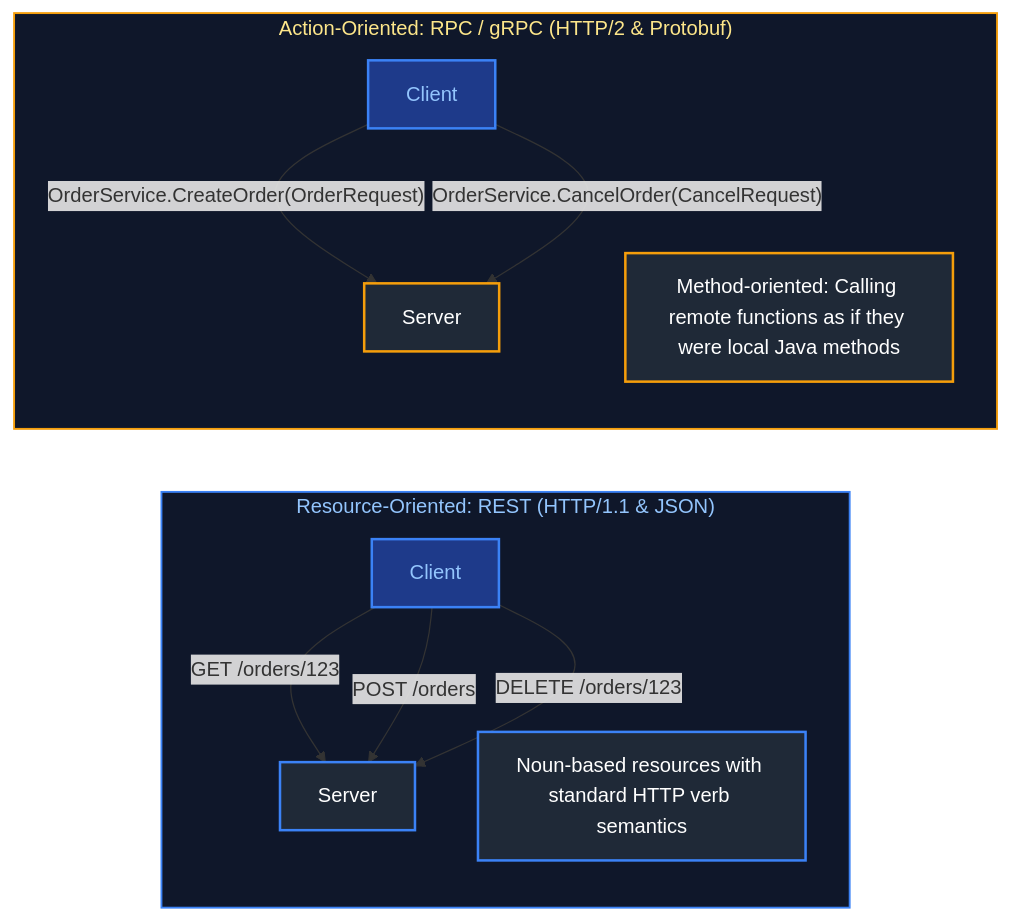
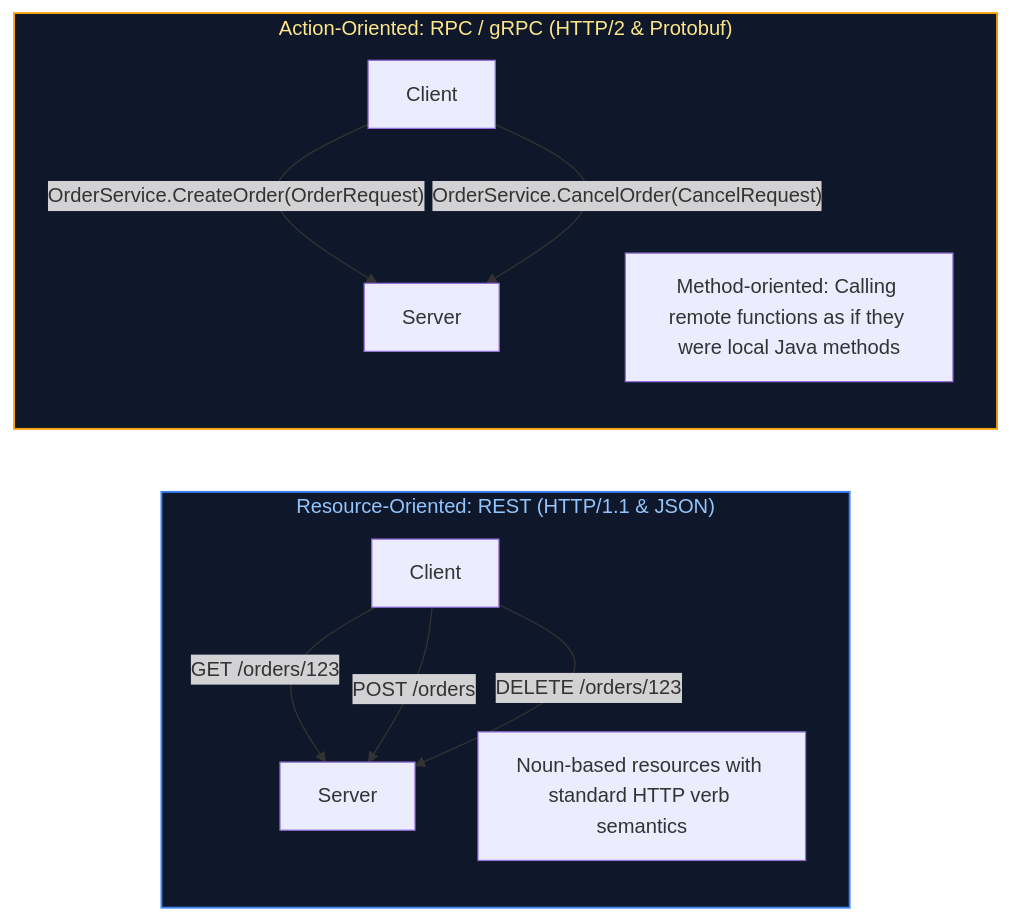
Before and after one commit to joydeep-biswas/Interview-Preparation: the ninth of 10 diagrams in Java Backend Engineering/08_spring_web_rest_apis.md, drawn with Mermaid. The commit also changed other lines of this file and 143 other files, not shown here.

````diff
--- a/Java Backend Engineering/08_spring_web_rest_apis.md
+++ b/Java Backend Engineering/08_spring_web_rest_apis.md
@@ -764,25 +1233,18 @@
 ```mermaid
 flowchart LR
     subgraph REST_Paradigm["Resource-Oriented: REST (HTTP/1.1 & JSON)"]
         R_Client["Client"] -->|GET /orders/123| R_Server["Server"]
         R_Client -->|POST /orders| R_Server
         R_Client -->|DELETE /orders/123| R_Server
         Note1["Noun-based resources with standard HTTP verb semantics"]
     end
 
     subgraph RPC_Paradigm["Action-Oriented: RPC / gRPC (HTTP/2 & Protobuf)"]
         G_Client["Client"] -->|"OrderService.CreateOrder(OrderRequest)"| G_Server["Server"]
         G_Client -->|"OrderService.CancelOrder(CancelRequest)"| G_Server
         Note2["Method-oriented: Calling remote functions as if they were local Java methods"]
     end
 
     style REST_Paradigm fill:#0f172a,stroke:#3b82f6,stroke-width:1.5px,color:#93c5fd
     style RPC_Paradigm fill:#0f172a,stroke:#f59e0b,stroke-width:1.5px,color:#fde68a
-
-    style R_Client fill:#1e3a8a,stroke:#3b82f6,stroke-width:2px,color:#93c5fd
-    style R_Server fill:#1f2937,stroke:#3b82f6,stroke-width:2px,color:#fff
-    style Note1 fill:#1f2937,stroke:#3b82f6,stroke-width:2px,color:#fff
-    style G_Client fill:#1e3a8a,stroke:#3b82f6,stroke-width:2px,color:#93c5fd
-    style G_Server fill:#1f2937,stroke:#f59e0b,stroke-width:2px,color:#fff
-    style Note2 fill:#1f2937,stroke:#f59e0b,stroke-width:2px,color:#fff
 ```
````
